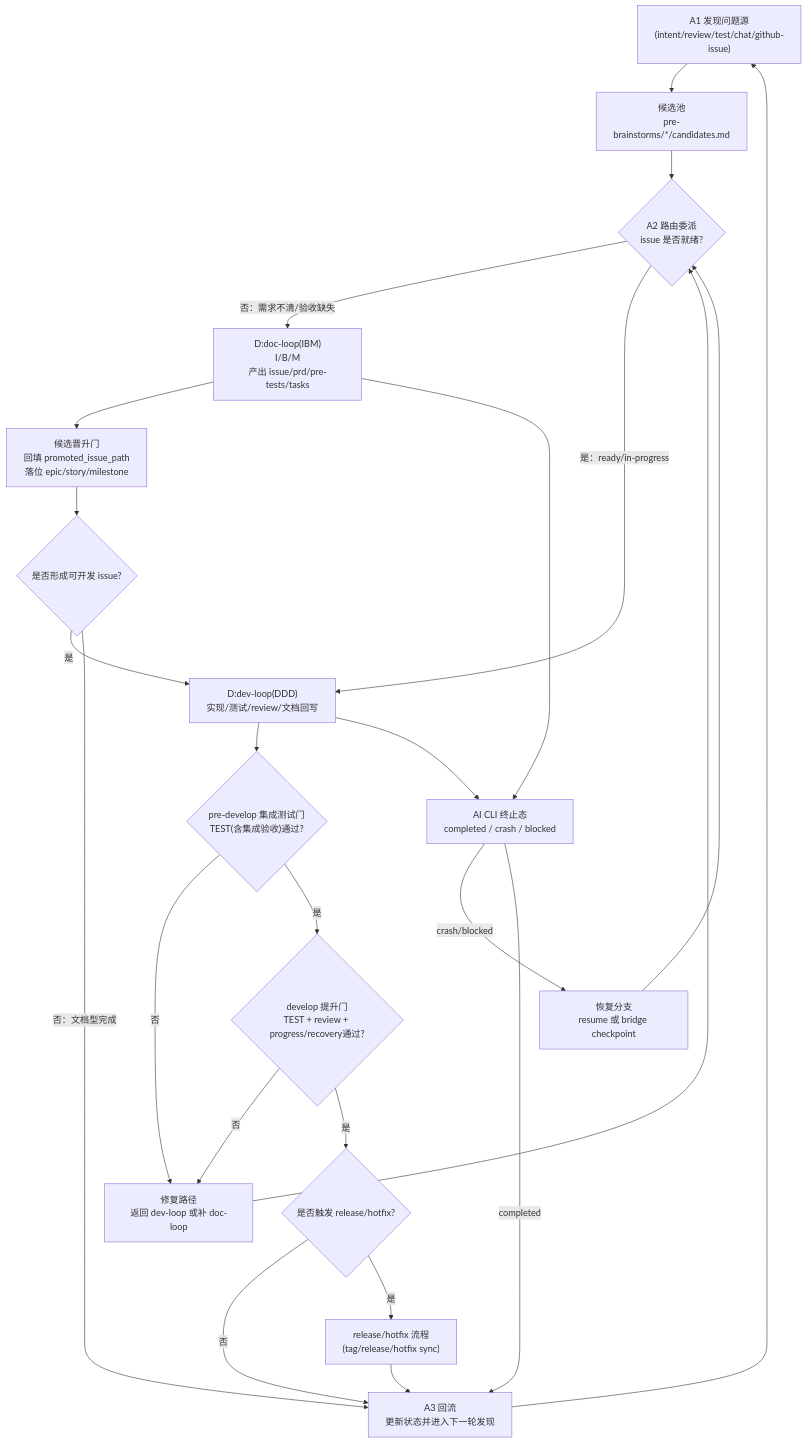
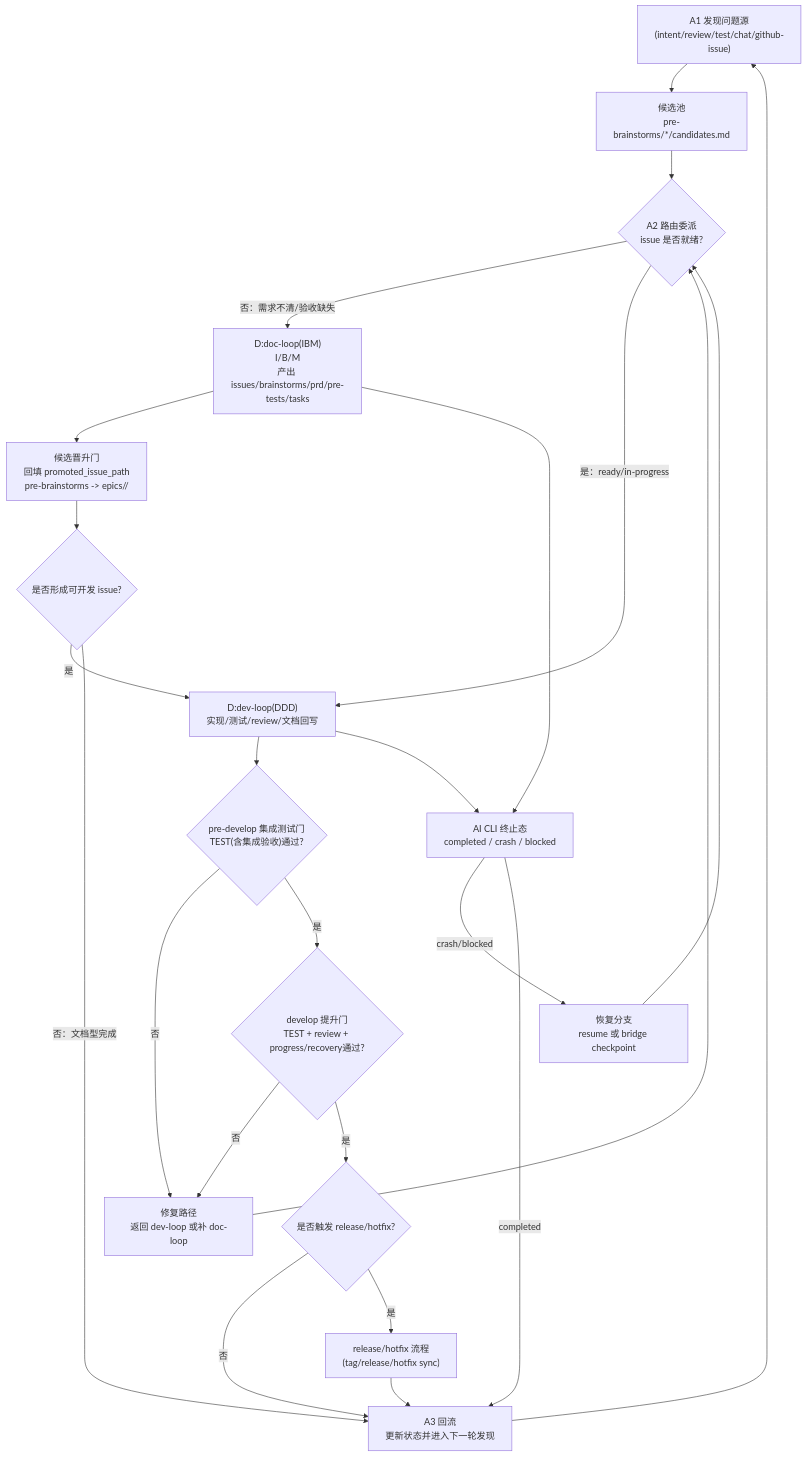
The diagram in docs/PROJECT_INTENT.md (chatterzhao/freely), drawn with Mermaid before and after one commit. The commit also changed other lines of this file and 1 other file, not shown here.

Commit message:
docs: align doc-loop outputs with story issues and brainstorm paths

````diff
--- a/docs/PROJECT_INTENT.md
+++ b/docs/PROJECT_INTENT.md
@@ -55,43 +59,43 @@
 ```mermaid
 flowchart TD
     S1["A1 发现问题源\n(intent/review/test/chat/github-issue)"]
     S2["候选池\npre-brainstorms/*/candidates.md"]
     S3{"A2 路由委派\nissue 是否就绪?"}
 
-    D1["D:doc-loop(IBM)\nI/B/M\n产出 issue/prd/pre-tests/tasks"]
-    V1["候选晋升门\n回填 promoted_issue_path\n落位 epic/story/milestone"]
+    D1["D:doc-loop(IBM)\nI/B/M\n产出 issues/brainstorms/prd/pre-tests/tasks"]
+    V1["候选晋升门\n回填 promoted_issue_path\npre-brainstorms -> epics/<epic>/<story>"]
     J1{"是否形成可开发 issue?"}
 
     D2["D:dev-loop(DDD)\n实现/测试/review/文档回写"]
     G1{"pre-develop 集成测试门\nTEST(含集成验收)通过?"}
     G2{"develop 提升门\nTEST + review + progress/recovery通过?"}
     F1["修复路径\n返回 dev-loop 或补 doc-loop"]
     R0{"是否触发 release/hotfix?"}
     R1["release/hotfix 流程\n(tag/release/hotfix sync)"]
 
     A3["A3 回流\n更新状态并进入下一轮发现"]
     X1["AI CLI 终止态\ncompleted / crash / blocked"]
     RC["恢复分支\nresume 或 bridge checkpoint"]
 
     S1 --> S2 --> S3
     S3 -->|"否：需求不清/验收缺失"| D1
     S3 -->|"是：ready/in-progress"| D2
     D1 --> V1 --> J1
     J1 -->|"是"| D2
     J1 -->|"否：文档型完成"| A3
 
     D2 --> G1
     G1 -->|"否"| F1
     G1 -->|"是"| G2
     G2 -->|"否"| F1
     G2 -->|"是"| R0
     F1 --> S3
     R0 -->|"否"| A3
     R0 -->|"是"| R1 --> A3
     A3 --> S1
 
     D1 --> X1
     D2 --> X1
     X1 -->|"crash/blocked"| RC --> S3
     X1 -->|"completed"| A3
 ```
````
